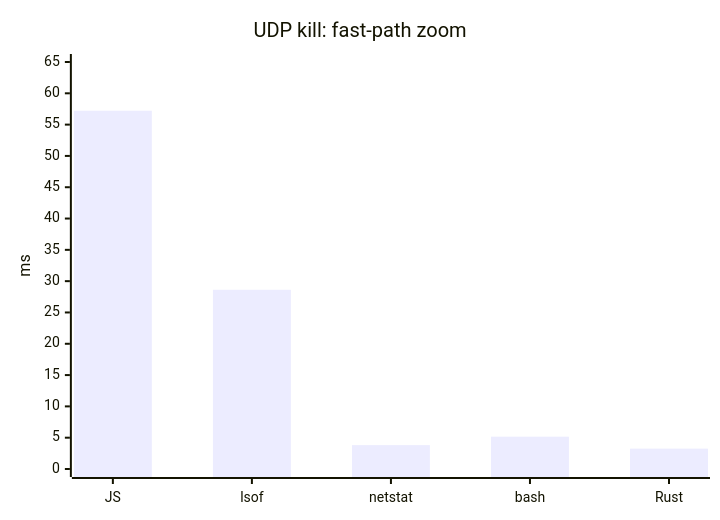
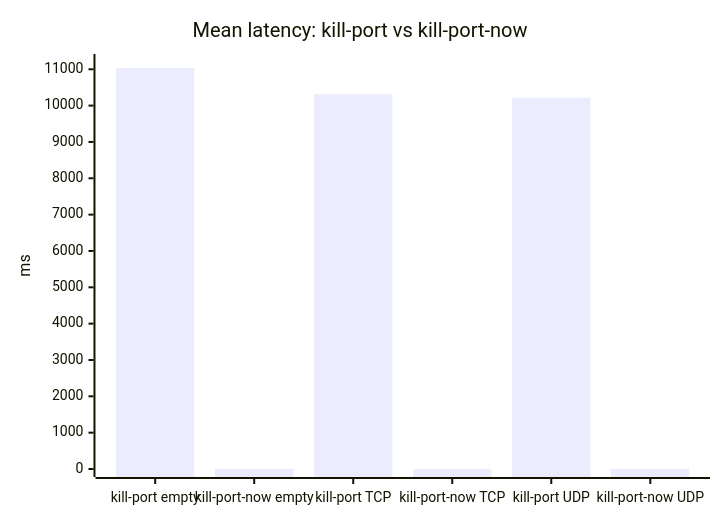
One commit to ocodista/kill-port-now changed the second of 2 diagrams in README.md. Above: the diagram before and after it, drawn with Mermaid. The commit also changed other lines of this file and 2 other files, not shown here.

Commit message:
Refocus README on kill-port speedup

````diff
--- a/README.md
+++ b/README.md
@@ -70,7 +41,7 @@
 ```mermaid
 xychart-beta
-  title "UDP kill: fast-path zoom"
-  x-axis ["JS", "lsof", "netstat", "bash", "Rust"]
-  y-axis "ms" 0 --> 65
-  bar [57.22, 28.62, 3.81, 5.16, 3.25]
+  title "Mean latency: kill-port vs kill-port-now"
+  x-axis ["kill-port empty", "kill-port-now empty", "kill-port TCP", "kill-port-now TCP", "kill-port UDP", "kill-port-now UDP"]
+  y-axis "ms" 0 --> 11200
+  bar [11032.29, 3.02, 10311.02, 3.24, 10219.75, 3.25]
 ```
````
